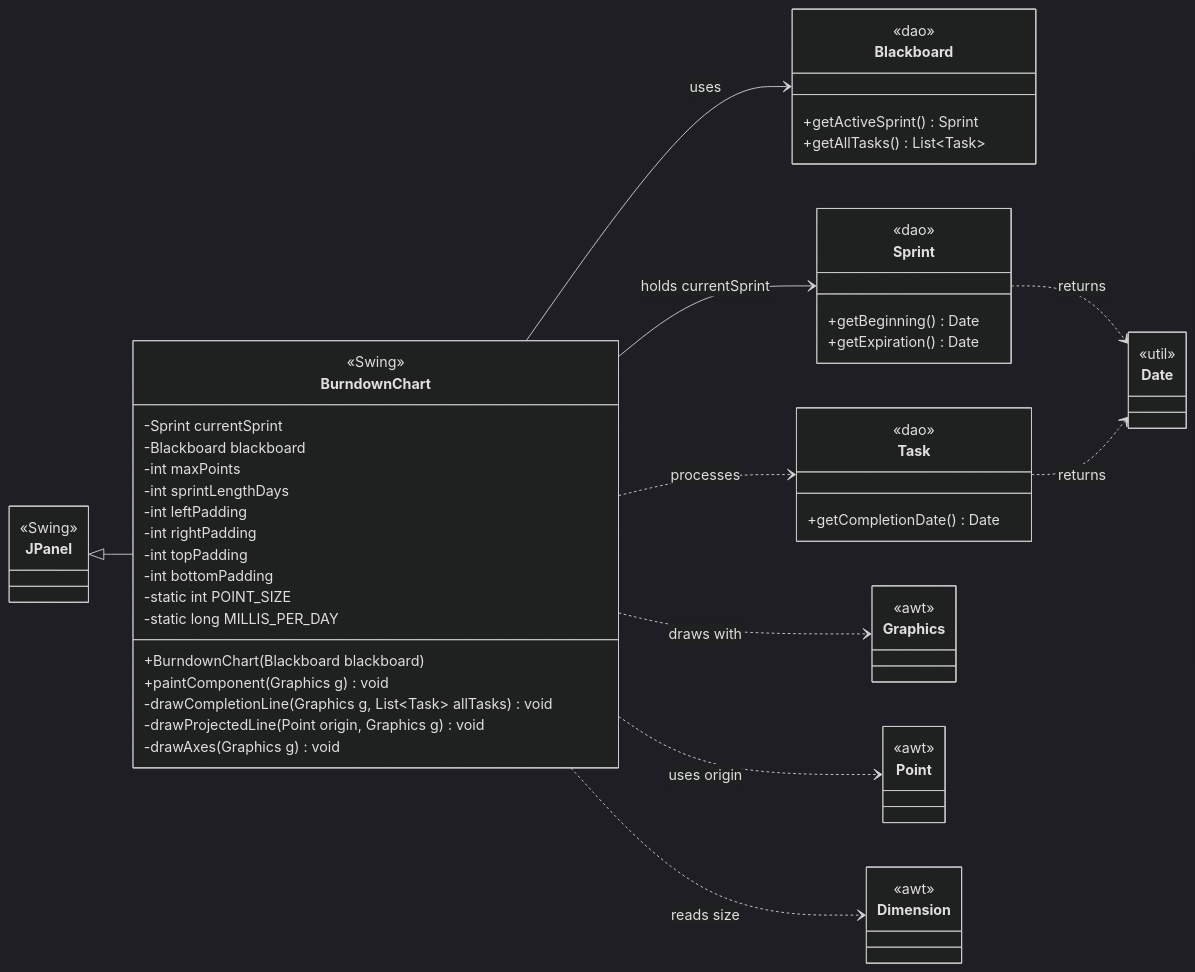
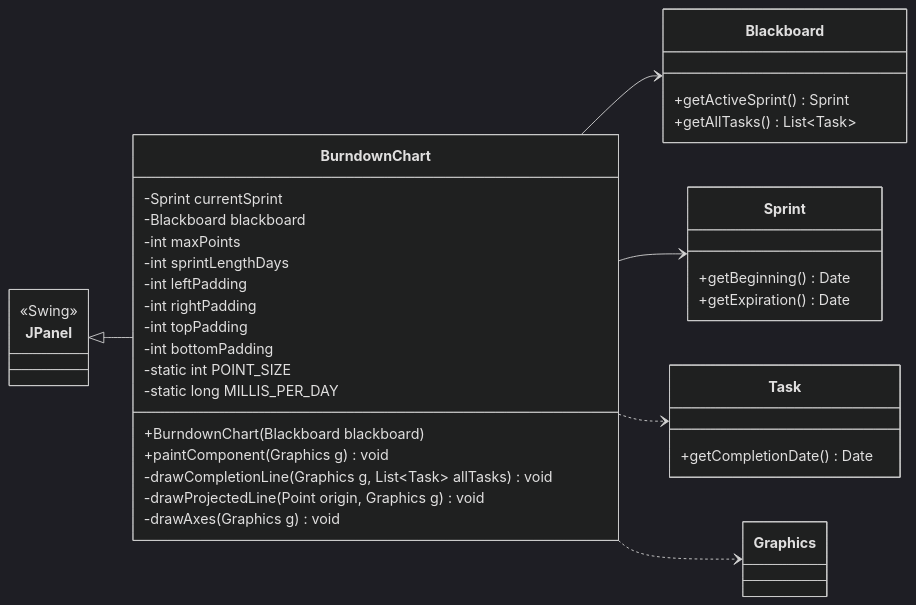
The diagram in README.md (CSC307-W26/taigastudio-refactoring-super-awesome-team-name), drawn with Mermaid (dark theme) before and after one commit.

Commit message:
Refactor README to clean up class definitions
Removed unused class definitions and updated relationships.

````diff
--- a/README.md
+++ b/README.md
@@ -3,73 +3,47 @@
 ```mermaid
 classDiagram
 direction LR
 
 class JPanel {
   <<Swing>>
 }
 
 class BurndownChart {
-  <<Swing>>
   -Sprint currentSprint
   -Blackboard blackboard
   -int maxPoints
   -int sprintLengthDays
   -int leftPadding
   -int rightPadding
   -int topPadding
   -int bottomPadding
   -static int POINT_SIZE
   -static long MILLIS_PER_DAY
-
   +BurndownChart(Blackboard blackboard)
   +paintComponent(Graphics g) void
-
   -drawCompletionLine(Graphics g, List~Task~ allTasks) void
   -drawProjectedLine(Point origin, Graphics g) void
   -drawAxes(Graphics g) void
 }
 
 class Blackboard {
-  <<dao>>
   +getActiveSprint() Sprint
   +getAllTasks() List~Task~
 }
 
 class Sprint {
-  <<dao>>
   +getBeginning() Date
   +getExpiration() Date
 }
 
 class Task {
-  <<dao>>
   +getCompletionDate() Date
 }
 
-class Graphics {
-  <<awt>>
-}
+JPanel <|-- BurndownChart
+BurndownChart --> Blackboard 
+BurndownChart --> Sprint 
+BurndownChart ..> Task 
+BurndownChart ..> Graphics
 
-class Point {
-  <<awt>>
-}
-
-class Dimension {
-  <<awt>>
-}
-
-class Date {
-  <<util>>
-}
-
-JPanel <|-- BurndownChart
-
-BurndownChart --> Blackboard : uses
-BurndownChart --> Sprint : holds currentSprint
-BurndownChart ..> Task : processes
-BurndownChart ..> Graphics : draws with
-BurndownChart ..> Point : uses origin
-BurndownChart ..> Dimension : reads size
-Sprint ..> Date : returns
-Task ..> Date : returns
 ```
````
